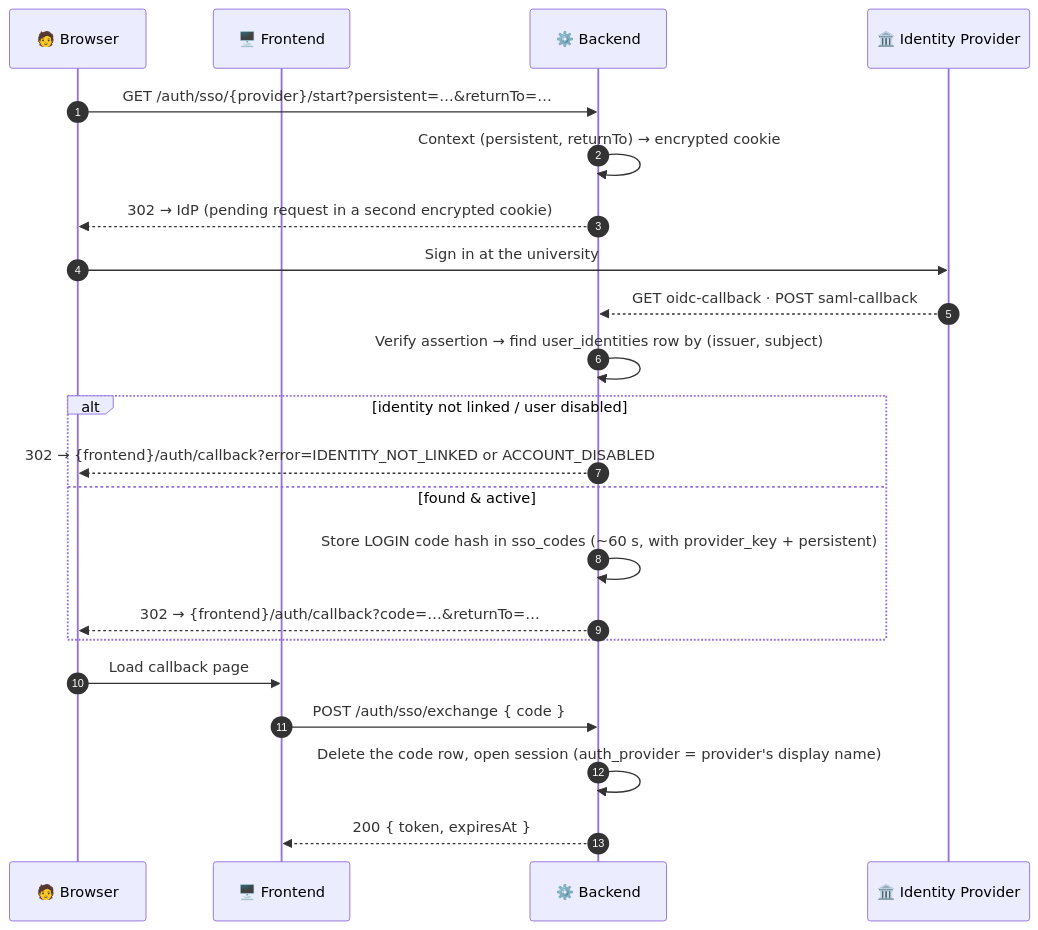
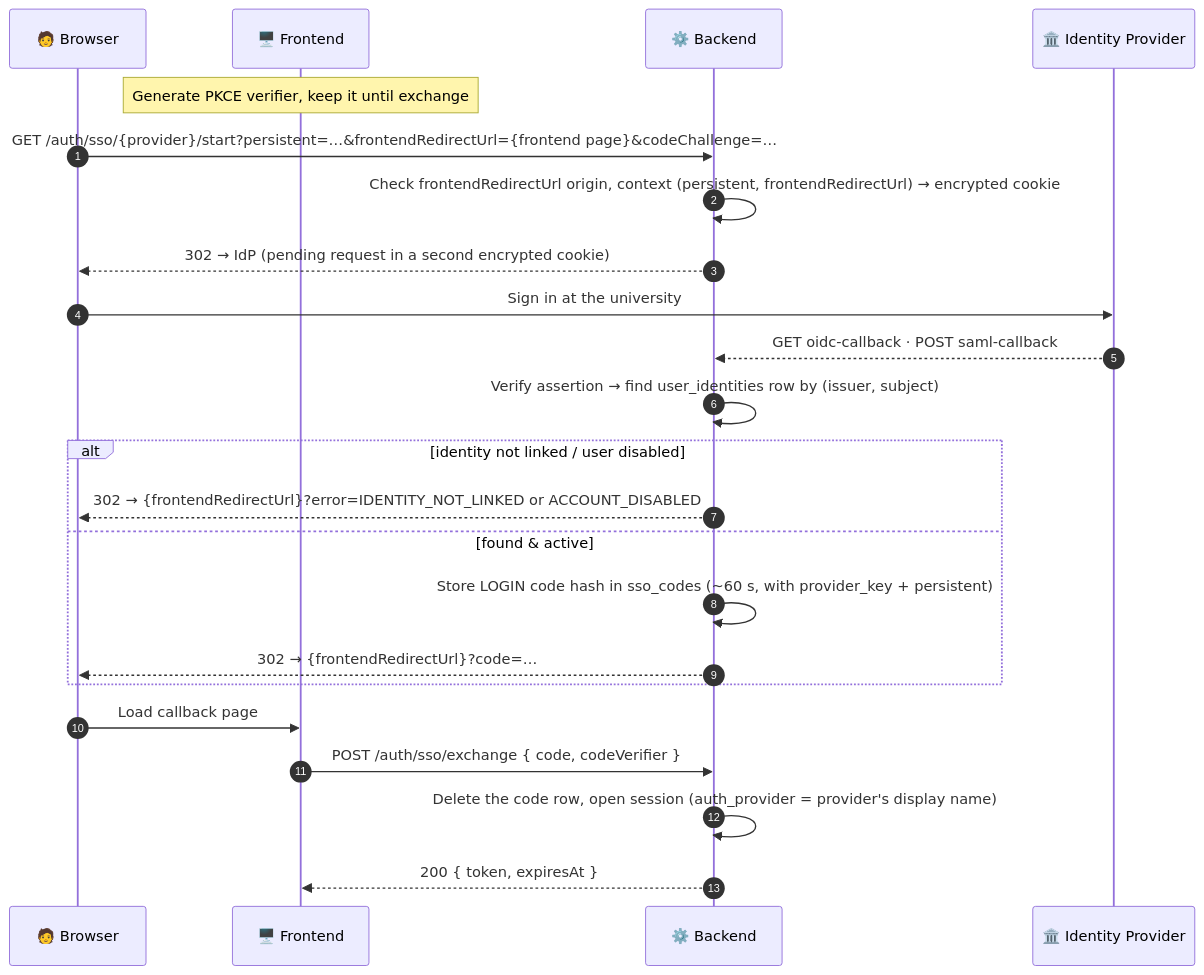
The sixth of 7 diagrams in docs/api-design/01-auth-sessions.md (openshelves-labs/openshelves), drawn with Mermaid before and after one commit. The commit also changed other lines of this file and 33 other files, not shown here.

Commit message:
feat: enhance SSO functionality with new exceptions and PKCE support

````diff
--- a/docs/api-design/01-auth-sessions.md
+++ b/docs/api-design/01-auth-sessions.md
@@ -348,25 +349,26 @@
 ```mermaid
 sequenceDiagram
     autonumber
     participant U as 🧑 Browser
     participant FE as 🖥️ Frontend
     participant BE as ⚙️ Backend
     participant IdP as 🏛️ Identity Provider
 
-    U->>BE: GET /auth/sso/{provider}/start?persistent=…&returnTo=…
-    BE->>BE: Context (persistent, returnTo) → encrypted cookie
+    Note over FE: Generate PKCE verifier, keep it until exchange
+    U->>BE: GET /auth/sso/{provider}/start?persistent=…&frontendRedirectUrl={frontend page}&codeChallenge=…
+    BE->>BE: Check frontendRedirectUrl origin, context (persistent, frontendRedirectUrl) → encrypted cookie
     BE-->>U: 302 → IdP (pending request in a second encrypted cookie)
     U->>IdP: Sign in at the university
     IdP-->>BE: GET oidc-callback · POST saml-callback
     BE->>BE: Verify assertion → find user_identities row by (issuer, subject)
     alt identity not linked / user disabled
-        BE-->>U: 302 → {frontend}/auth/callback?error=IDENTITY_NOT_LINKED or ACCOUNT_DISABLED
+        BE-->>U: 302 → {frontendRedirectUrl}?error=IDENTITY_NOT_LINKED or ACCOUNT_DISABLED
     else found & active
         BE->>BE: Store LOGIN code hash in sso_codes (~60 s, with provider_key + persistent)
-        BE-->>U: 302 → {frontend}/auth/callback?code=…&returnTo=…
+        BE-->>U: 302 → {frontendRedirectUrl}?code=…
     end
     U->>FE: Load callback page
-    FE->>BE: POST /auth/sso/exchange { code }
+    FE->>BE: POST /auth/sso/exchange { code, codeVerifier }
     BE->>BE: Delete the code row, open session (auth_provider = provider's display name)
     BE-->>FE: 200 { token, expiresAt }
 ```
````
